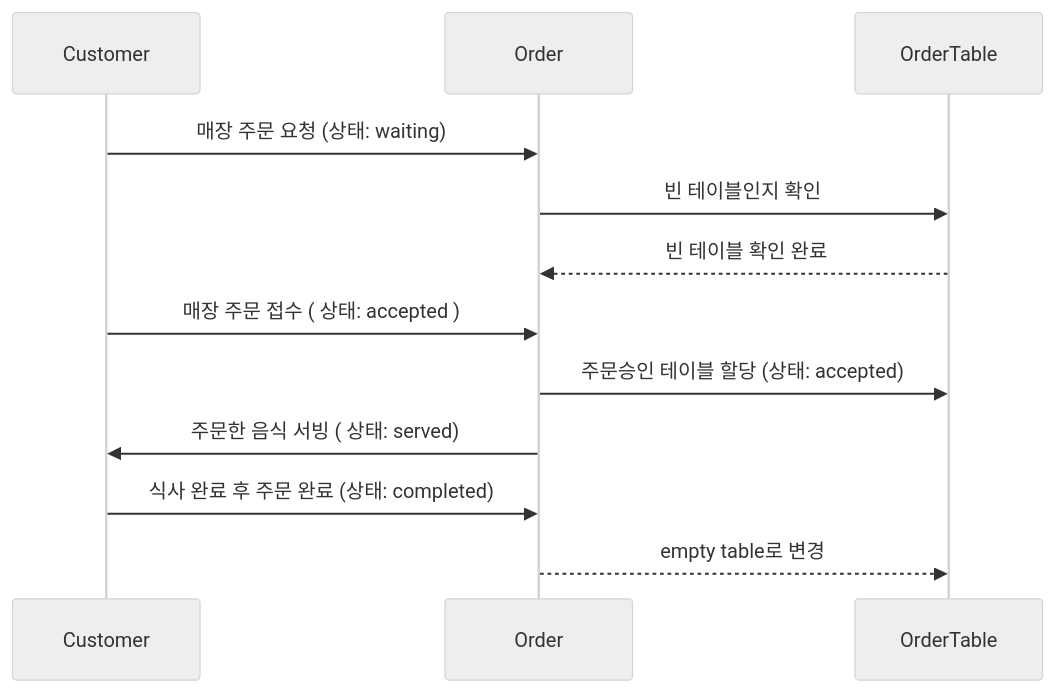
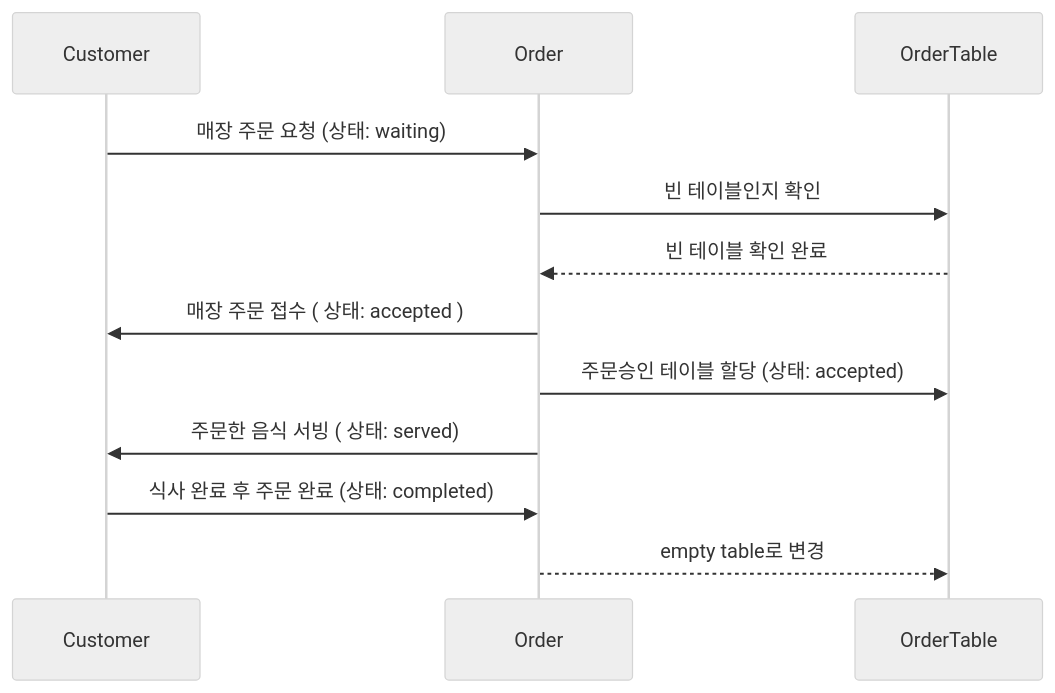
The sixth of 8 diagrams in README.md (Whale0928/ddd-strategic-design), drawn with Mermaid (neutral theme) before and after one commit. The commit also changed other lines of this file, not shown here.

````diff
--- a/README.md
+++ b/README.md
@@ -274,14 +286,14 @@
 ```mermaid
 sequenceDiagram
     participant Customer
     participant Order
     participant OrderTable
     Customer ->> Order: 매장 주문 요청 (상태: waiting)
     Order ->> OrderTable: 빈 테이블인지 확인
     OrderTable -->> Order: 빈 테이블 확인 완료
-    Customer ->> Order: 매장 주문 접수 ( 상태: accepted )
+    Order ->> Customer: 매장 주문 접수 ( 상태: accepted )
     Order ->> OrderTable: 주문승인 테이블 할당 (상태: accepted)
     Order ->> Customer: 주문한 음식 서빙 ( 상태: served)
     Customer ->> Order: 식사 완료 후 주문 완료 (상태: completed)
     Order -->> OrderTable: empty table로 변경
 ```
````
